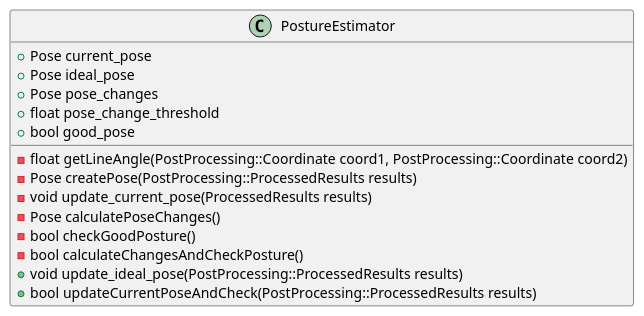
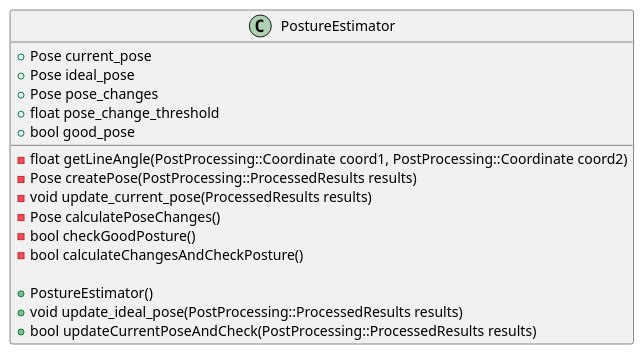
Before and after one commit to ESE-Peasy/PosturePerfection: the first of 4 diagrams in docs/images/PlantUML/postureestimator.puml, drawn with PlantUML. The commit also changed 6 other files, not shown here.

Commit message:
Update diagrams and README

```diff
--- a/docs/images/PlantUML/postureestimator.puml
+++ b/docs/images/PlantUML/postureestimator.puml
@@ -3,17 +3,19 @@
 @startuml(id=PostureEstimator)
 class PostureEstimator {
    +Pose current_pose
    +Pose ideal_pose
    +Pose pose_changes
    +float pose_change_threshold
    +bool good_pose   
    -float getLineAngle(PostProcessing::Coordinate coord1, PostProcessing::Coordinate coord2)
    -Pose createPose(PostProcessing::ProcessedResults results)
    -void update_current_pose(ProcessedResults results)
    -Pose calculatePoseChanges()
    -bool checkGoodPosture()
    -bool calculateChangesAndCheckPosture()
+
+   +PostureEstimator()
    +void update_ideal_pose(PostProcessing::ProcessedResults results)
    +bool updateCurrentPoseAndCheck(PostProcessing::ProcessedResults results)
 }
 @enduml
```
